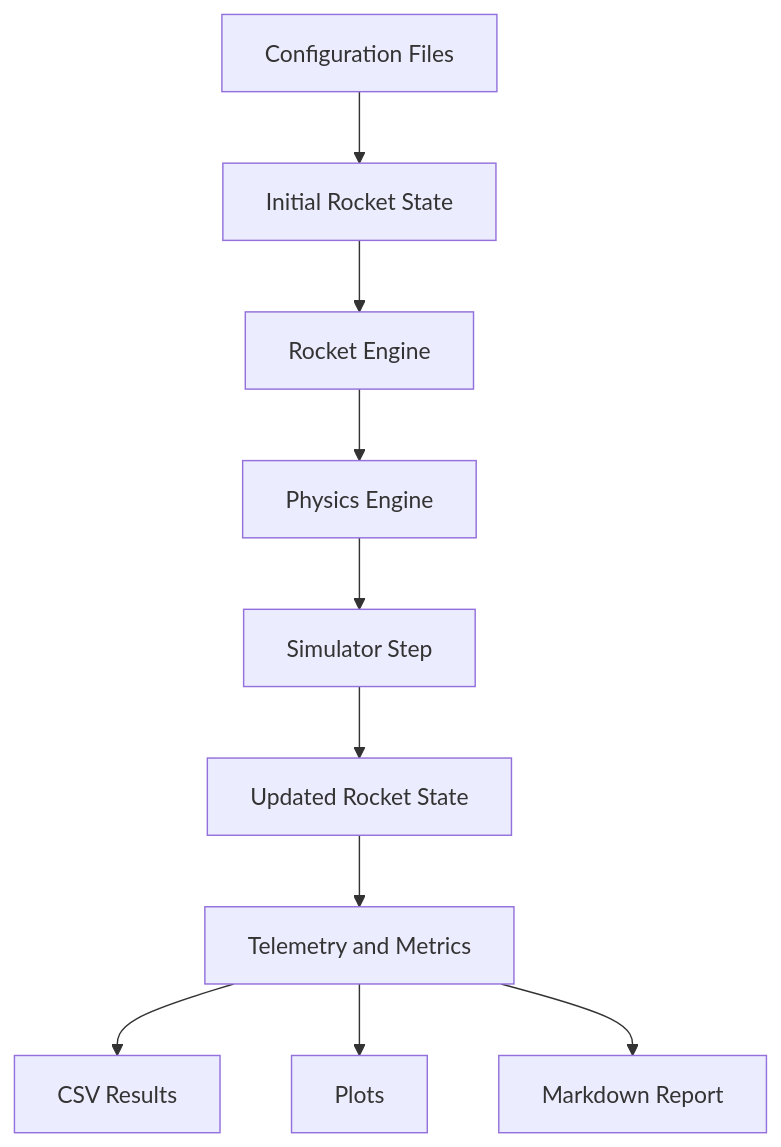
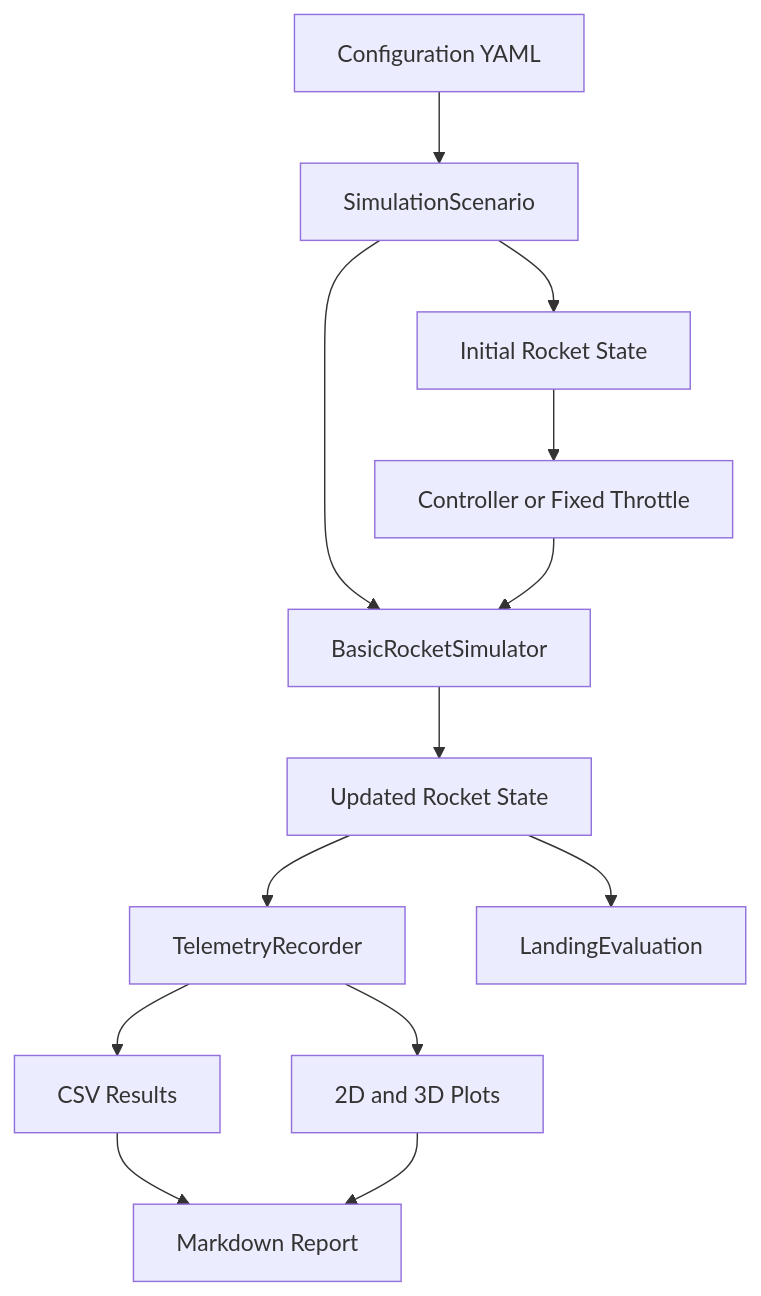
The diagram in docs/diagrams/software_engineering_flow.md (gabriel-lab-ia/autonomous-aerospace-simulator), drawn with Mermaid before and after one commit. The commit also changed other lines of this file and 7 other files, not shown here.

````diff
--- a/docs/diagrams/software_engineering_flow.md
+++ b/docs/diagrams/software_engineering_flow.md
@@ -3,12 +3,15 @@
 ```mermaid
 flowchart TD
-    A[Configuration Files] --> B[Initial Rocket State]
-    B --> C[Rocket Engine]
-    C --> D[Physics Engine]
-    D --> E[Simulator Step]
-    E --> F[Updated Rocket State]
-    F --> G[Telemetry and Metrics]
-    G --> H[CSV Results]
-    G --> I[Plots]
-    G --> J[Markdown Report]
+    A[Configuration YAML] --> B[SimulationScenario]
+    B --> C[Initial Rocket State]
+    B --> D[BasicRocketSimulator]
+    C --> E[Controller or Fixed Throttle]
+    E --> D
+    D --> F[Updated Rocket State]
+    F --> G[TelemetryRecorder]
+    F --> H[LandingEvaluation]
+    G --> I[CSV Results]
+    G --> J[2D and 3D Plots]
+    I --> K[Markdown Report]
+    J --> K
 ```
````
